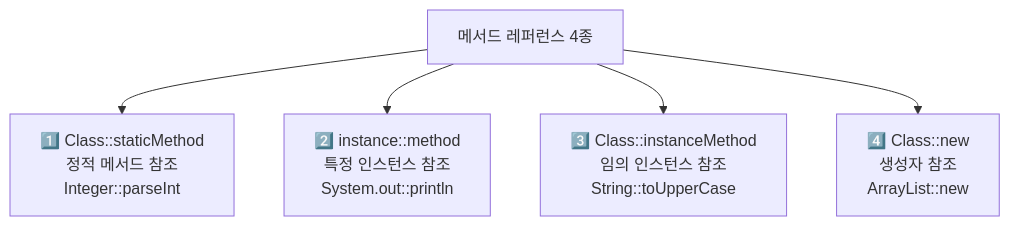
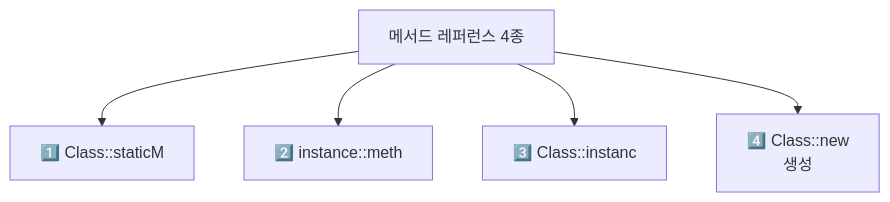
Before and after one commit to yjkim2015/yjkim2015.github.io: the second of 4 diagrams in _posts/java/2026-05-01-java-lambda.md, drawn with Mermaid. The commit also changed other lines of this file and 271 other files, not shown here.

First line of the commit message:
Mermaid 라벨 축소: 긴 노드 텍스트 18자 이하로 트림 + \n 제거

````diff
--- a/_posts/java/2026-05-01-java-lambda.md
+++ b/_posts/java/2026-05-01-java-lambda.md
@@ -366,7 +366,7 @@
 ```mermaid
 graph TD
-    A["메서드 레퍼런스 4종"] --> B["1️⃣ Class::staticMethod\n정적 메서드 참조\nInteger::parseInt"]
-    A --> C["2️⃣ instance::method\n특정 인스턴스 참조\nSystem.out::println"]
-    A --> D["3️⃣ Class::instanceMethod\n임의 인스턴스 참조\nString::toUpperCase"]
-    A --> E["4️⃣ Class::new\n생성자 참조\nArrayList::new"]
+    A["메서드 레퍼런스 4종"] --> B["1️⃣ Class::staticM"]
+    A --> C["2️⃣ instance::meth"]
+    A --> D["3️⃣ Class::instanc"]
+    A --> E["4️⃣ Class::new\n생성"]
 ```
````
